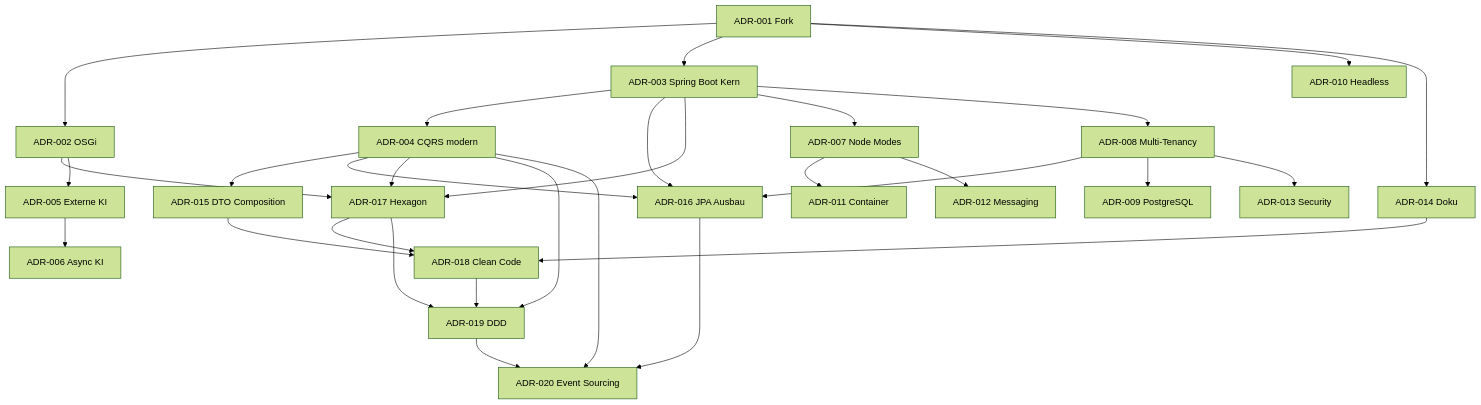
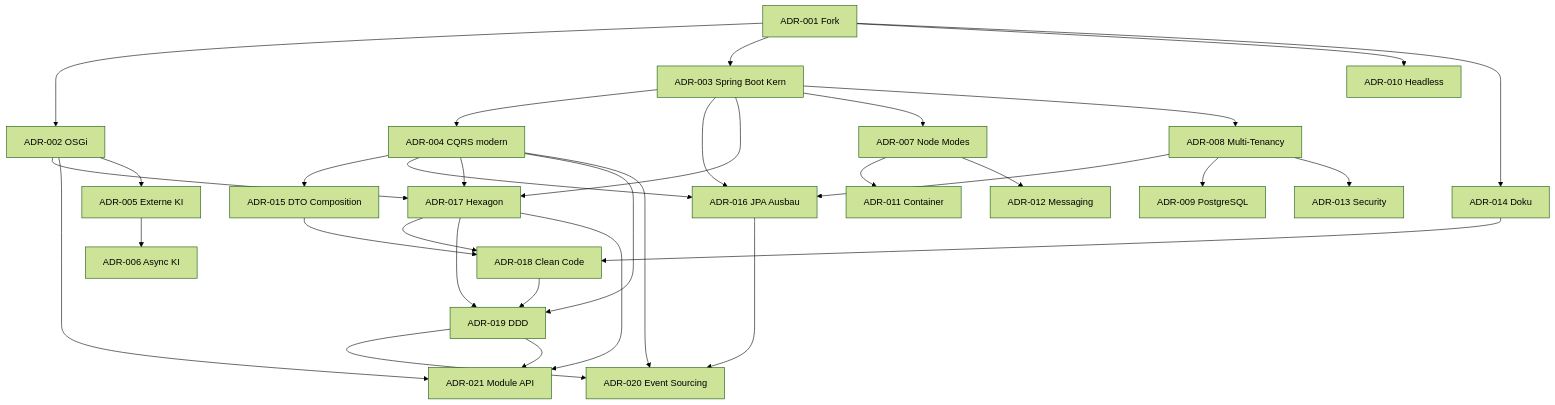
The diagram in docs/arc42/08_design_decisions.md (RainerMaxWallscheid/fineract-osgi), drawn with Mermaid (forest theme) before and after one commit. The commit also changed other lines of this file and 45 other files, not shown here.

Commit message:
We modernized Fineract’s DDD arc42 stack (context map, aggregate canvas, event catalog, Module API ADR-021, ArchUnit) and fixed integration failures: Liquibase external-event registration,  DB checks, and two test regressions.

````diff
--- a/docs/arc42/08_design_decisions.md
+++ b/docs/arc42/08_design_decisions.md
@@ -47,32 +48,35 @@
 ```mermaid
 flowchart TB
     ADR001[ADR-001 Fork] --> ADR002[ADR-002 OSGi]
     ADR001 --> ADR003[ADR-003 Spring Boot Kern]
     ADR003 --> ADR004[ADR-004 CQRS modern]
     ADR004 --> ADR015[ADR-015 DTO Composition]
     ADR003 --> ADR016[ADR-016 JPA Ausbau]
     ADR004 --> ADR016
     ADR008 --> ADR016
     ADR003 --> ADR017[ADR-017 Hexagon]
     ADR002 --> ADR017
     ADR004 --> ADR017
     ADR017 --> ADR018[ADR-018 Clean Code]
     ADR015 --> ADR018
     ADR014 --> ADR018
     ADR004 --> ADR019[ADR-019 DDD]
     ADR017 --> ADR019
     ADR018 --> ADR019
     ADR004 --> ADR020[ADR-020 Event Sourcing]
     ADR016 --> ADR020
     ADR019 --> ADR020
+    ADR017 --> ADR021[ADR-021 Module API]
+    ADR019 --> ADR021
+    ADR002 --> ADR021
     ADR002 --> ADR005[ADR-005 Externe KI]
     ADR005 --> ADR006[ADR-006 Async KI]
     ADR003 --> ADR007[ADR-007 Node Modes]
     ADR003 --> ADR008[ADR-008 Multi-Tenancy]
     ADR008 --> ADR009[ADR-009 PostgreSQL]
     ADR001 --> ADR010[ADR-010 Headless]
     ADR007 --> ADR011[ADR-011 Container]
     ADR007 --> ADR012[ADR-012 Messaging]
     ADR008 --> ADR013[ADR-013 Security]
     ADR001 --> ADR014[ADR-014 Doku]
 ```
````
